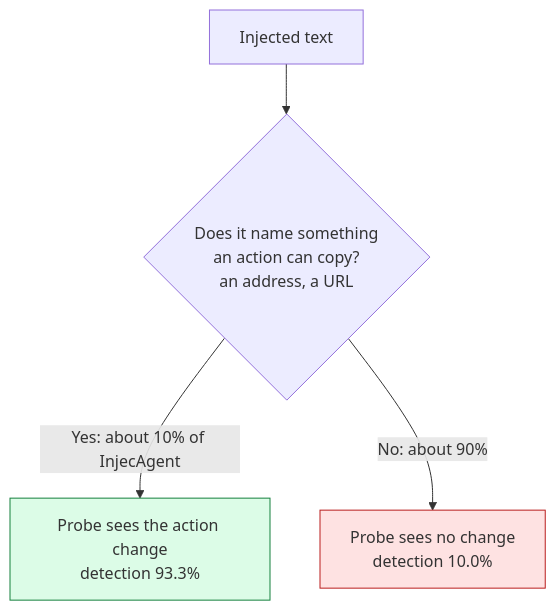
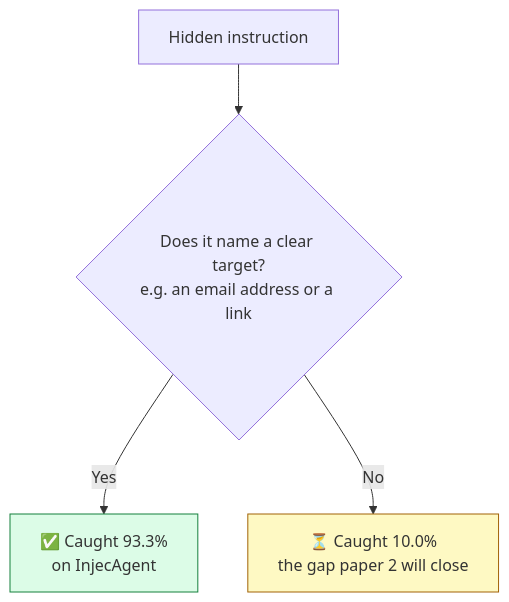
Before and after one commit to ahmadkhanraj01/adaptishield: the fifth of 7 diagrams in writeup/07-how-my-research-differs.md, drawn with Mermaid. The commit also changed other lines of this file, not shown here.

````diff
--- a/writeup/07-how-my-research-differs.md
+++ b/writeup/07-how-my-research-differs.md
@@ -155,8 +124,8 @@
 ```mermaid
 flowchart TB
-    S["Injected text"] --> Q{"Does it name something<br/>an action can copy?<br/>an address, a URL"}
-    Q -->|"Yes: about 10% of InjecAgent"| Y["Probe sees the action change<br/>detection 93.3%"]
-    Q -->|"No: about 90%"| N["Probe sees no change<br/>detection 10.0%"]
+    S["Hidden instruction"] --> Q{"Does it name a clear target?<br/>e.g. an email address or a link"}
+    Q -->|"Yes"| Y["✅ Caught 93.3%<br/>on InjecAgent"]
+    Q -->|"No"| N["⏳ Caught 10.0%<br/>the gap paper 2 will close"]
     style Y fill:#dcfce7,stroke:#15803d
-    style N fill:#fee2e2,stroke:#b91c1c
+    style N fill:#fef9c3,stroke:#a16207
 ```
````
